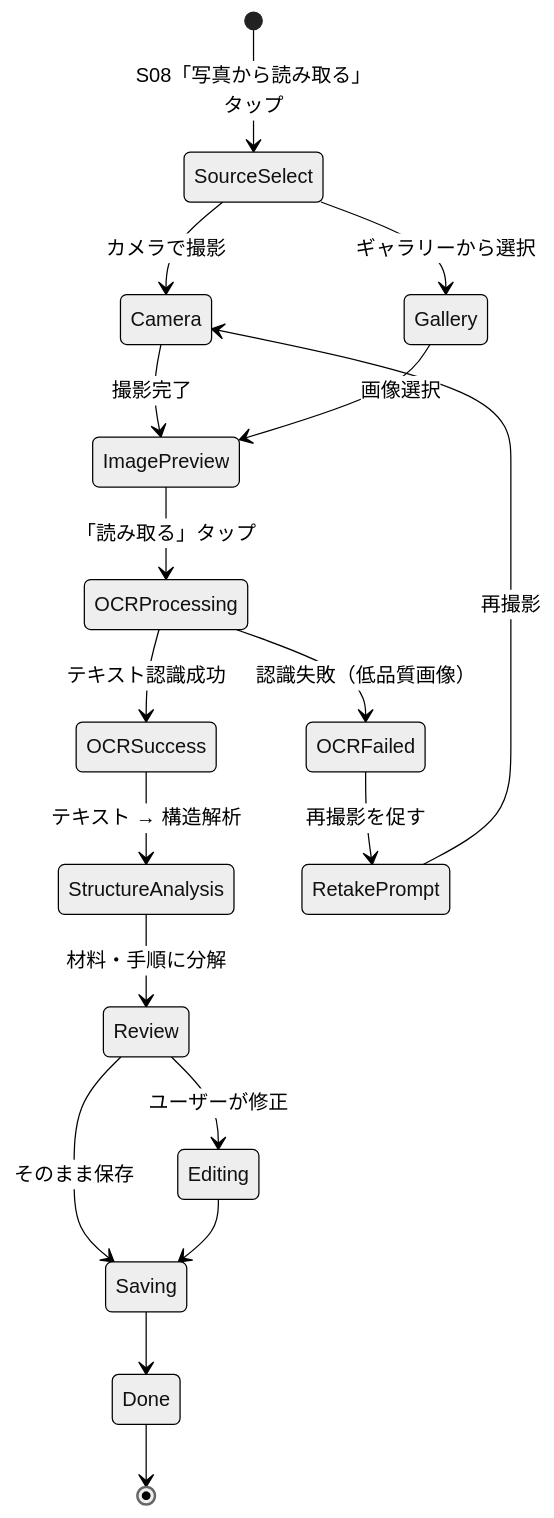
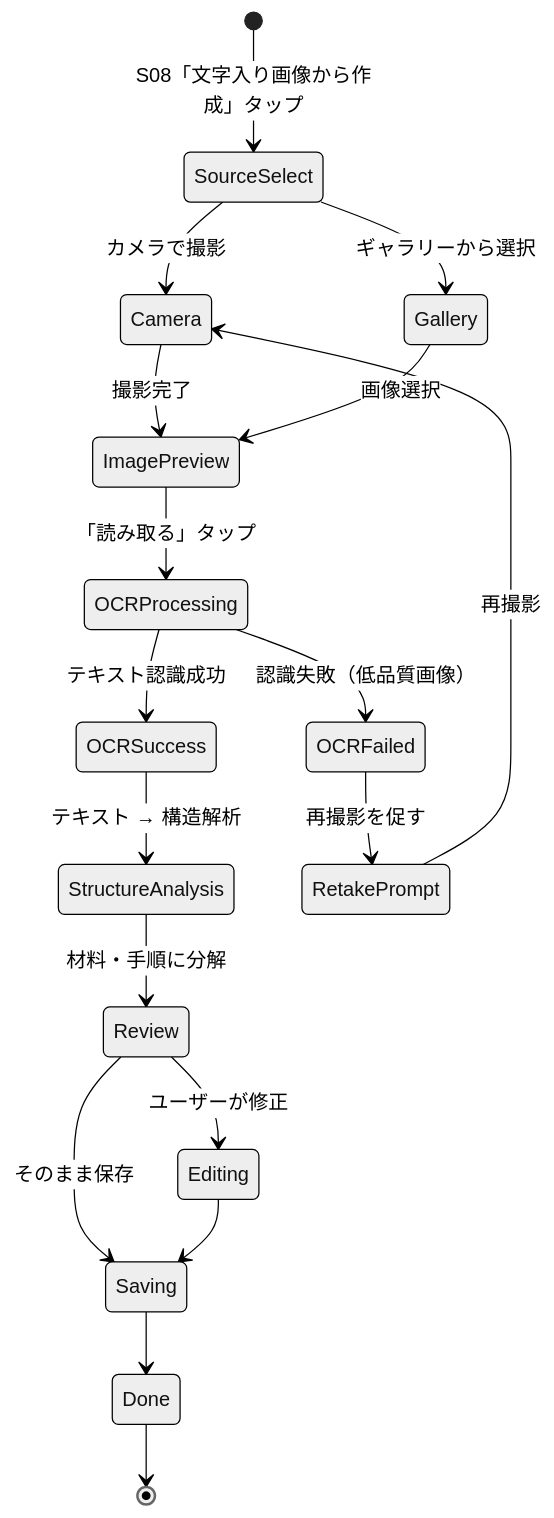
One commit to keisato848/daidoko changed the second of 5 diagrams in docs/レシピ作成フロー.md. Above: the diagram before and after it, drawn with Mermaid (neutral theme). The commit also changed other lines of this file and 24 other files, not shown here.

````diff
--- a/docs/レシピ作成フロー.md
+++ b/docs/レシピ作成フロー.md
@@ -302,20 +303,20 @@
 ```mermaid
 stateDiagram-v2
-    [*] --> SourceSelect : S08「写真から読み取る」タップ
+    [*] --> SourceSelect : S08「文字入り画像から作成」タップ
     SourceSelect --> Camera : カメラで撮影
     SourceSelect --> Gallery : ギャラリーから選択
     Camera --> ImagePreview : 撮影完了
     Gallery --> ImagePreview : 画像選択
     ImagePreview --> OCRProcessing : 「読み取る」タップ
     OCRProcessing --> OCRSuccess : テキスト認識成功
     OCRProcessing --> OCRFailed : 認識失敗（低品質画像）
     OCRSuccess --> StructureAnalysis : テキスト → 構造解析
     StructureAnalysis --> Review : 材料・手順に分解
     OCRFailed --> RetakePrompt : 再撮影を促す
     RetakePrompt --> Camera : 再撮影
     Review --> Editing : ユーザーが修正
     Review --> Saving : そのまま保存
     Editing --> Saving
     Saving --> Done
     Done --> [*]
 ```
````
